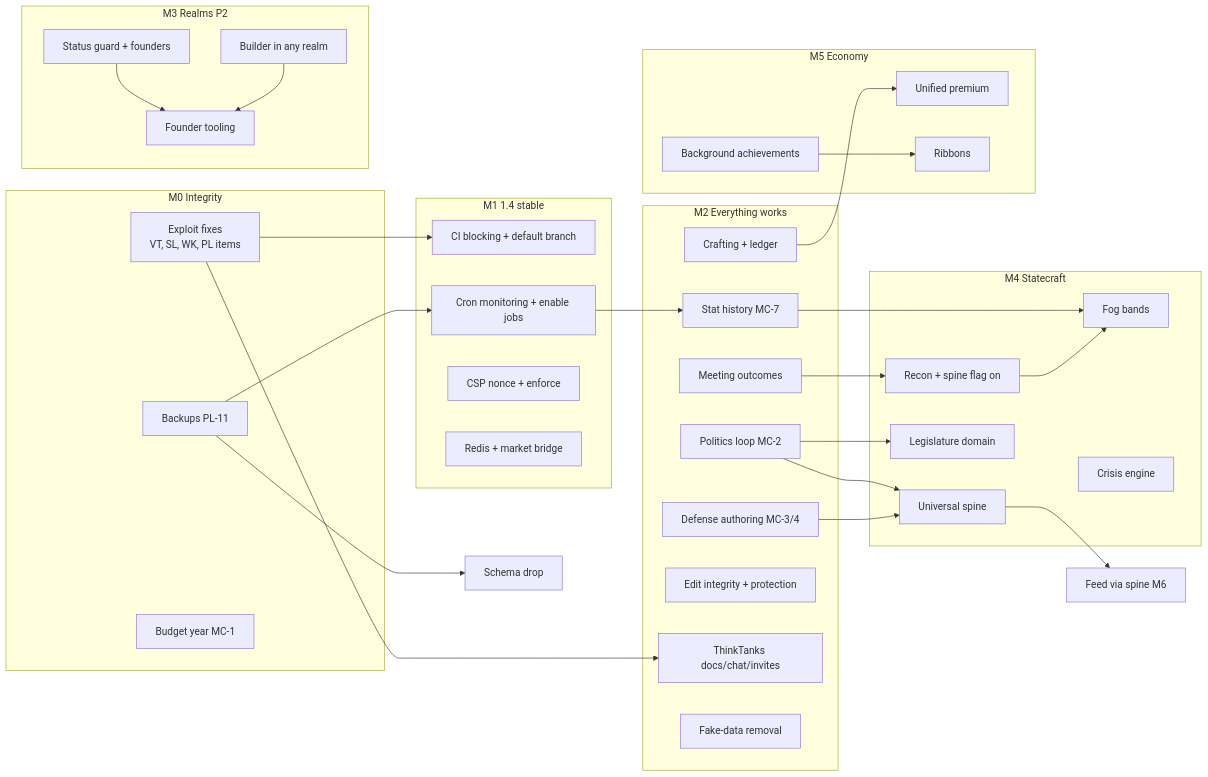
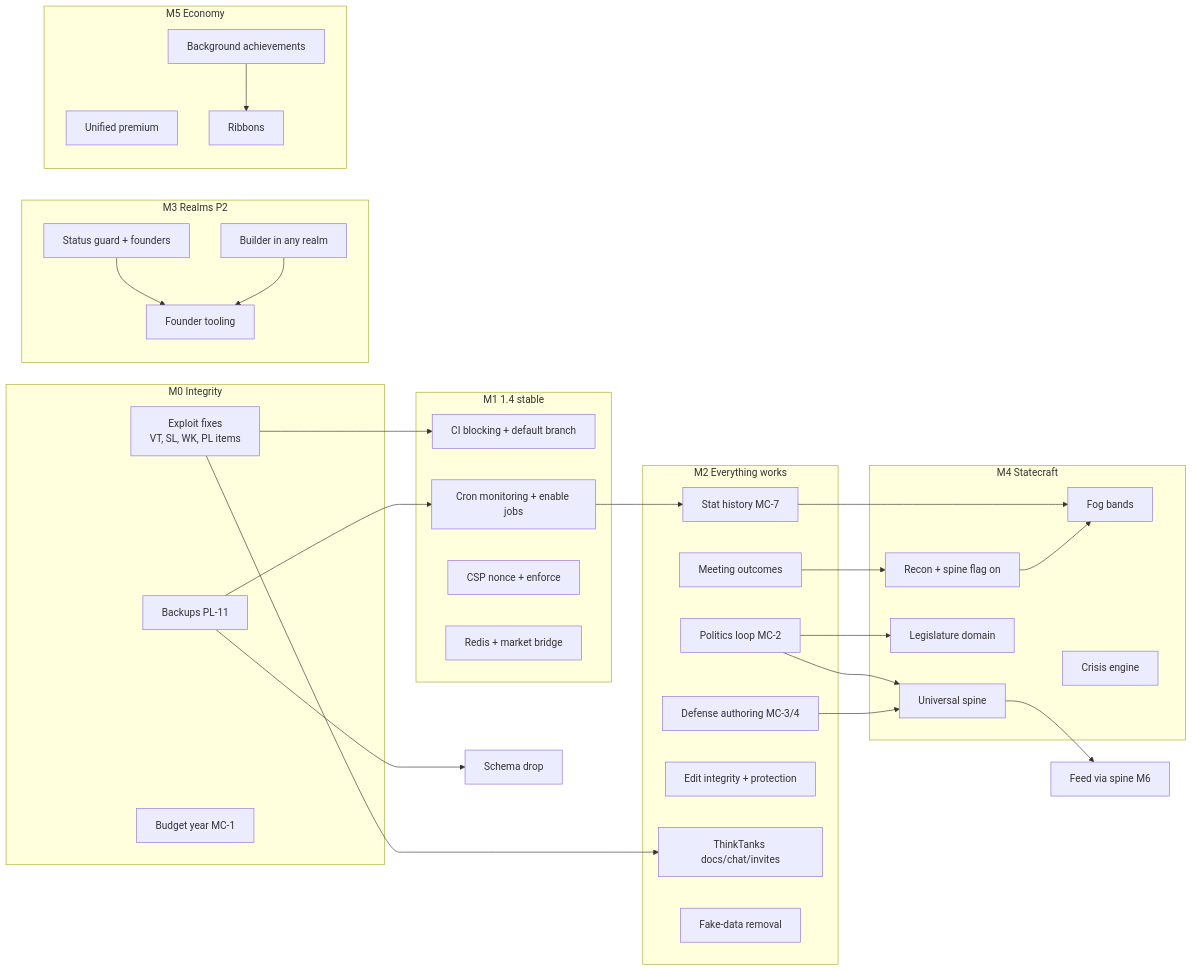
The diagram in docs/roadmap/ROADMAP.md (algolds/ixstats), drawn with Mermaid before and after one commit. The commit also changed other lines of this file and 41 other files, not shown here.

````diff
--- a/docs/roadmap/ROADMAP.md
+++ b/docs/roadmap/ROADMAP.md
@@ -369,57 +369,55 @@
 ```mermaid
 flowchart LR
   subgraph M0[M0 Integrity]
     SEC[Exploit fixes<br/>VT, SL, WK, PL items]
     BAK[Backups PL-11]
     YEAR[Budget year MC-1]
   end
   subgraph M1[M1 1.4 stable]
     CI[CI blocking + default branch]
     CRON[Cron monitoring + enable jobs]
     CSP[CSP nonce + enforce]
     REDIS[Redis + market bridge]
   end
   subgraph M2[M2 Everything works]
     POL[Politics loop MC-2]
     MEET[Meeting outcomes]
     DEF[Defense authoring MC-3/4]
     HIST[Stat history MC-7]
-    CRAFT[Crafting + ledger]
     WIKI[Edit integrity + protection]
     TT[ThinkTanks docs/chat/invites]
     TRUST[Fake-data removal]
   end
   subgraph M3[M3 Realms P2]
     GUARD[Status guard + founders]
     BUILD[Builder in any realm]
     FOUND[Founder tooling]
   end
   subgraph M4[M4 Statecraft]
     SPINE[Universal spine]
     RECON[Recon + spine flag on]
     FOG[Fog bands]
     CRISIS[Crisis engine]
     LEG[Legislature domain]
   end
   subgraph M5[M5 Economy]
     PREM[Unified premium]
     ACH[Background achievements]
     RIB[Ribbons]
   end
   SEC --> CI
   BAK --> CRON
   BAK --> DROP[Schema drop]
   CRON --> HIST
   SEC --> TT
   POL --> LEG
   POL --> SPINE
   MEET --> RECON
   DEF --> SPINE
   HIST --> FOG
   RECON --> FOG
   SPINE --> FEED[Feed via spine M6]
   GUARD --> FOUND
   BUILD --> FOUND
   ACH --> RIB
-  CRAFT --> PREM
 ```
````
